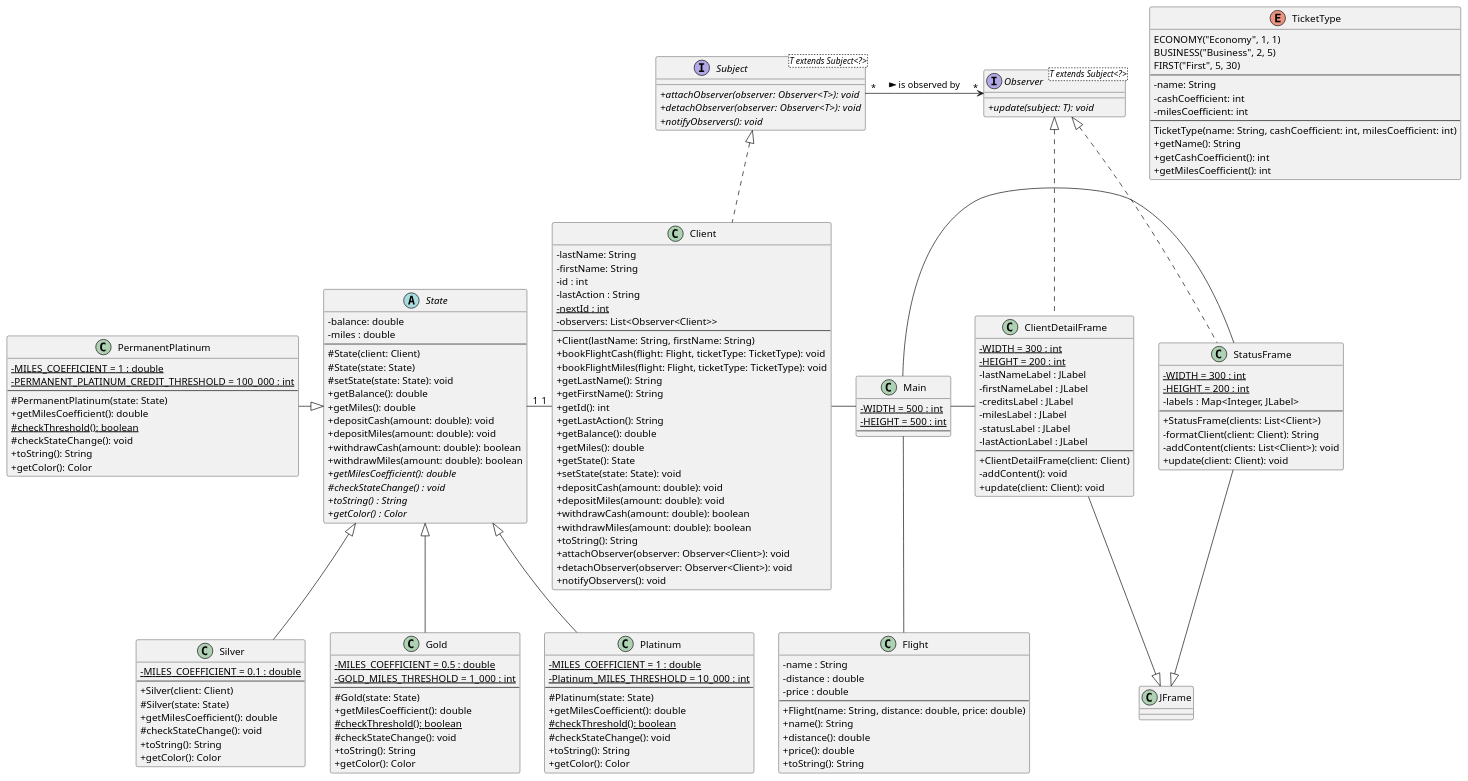
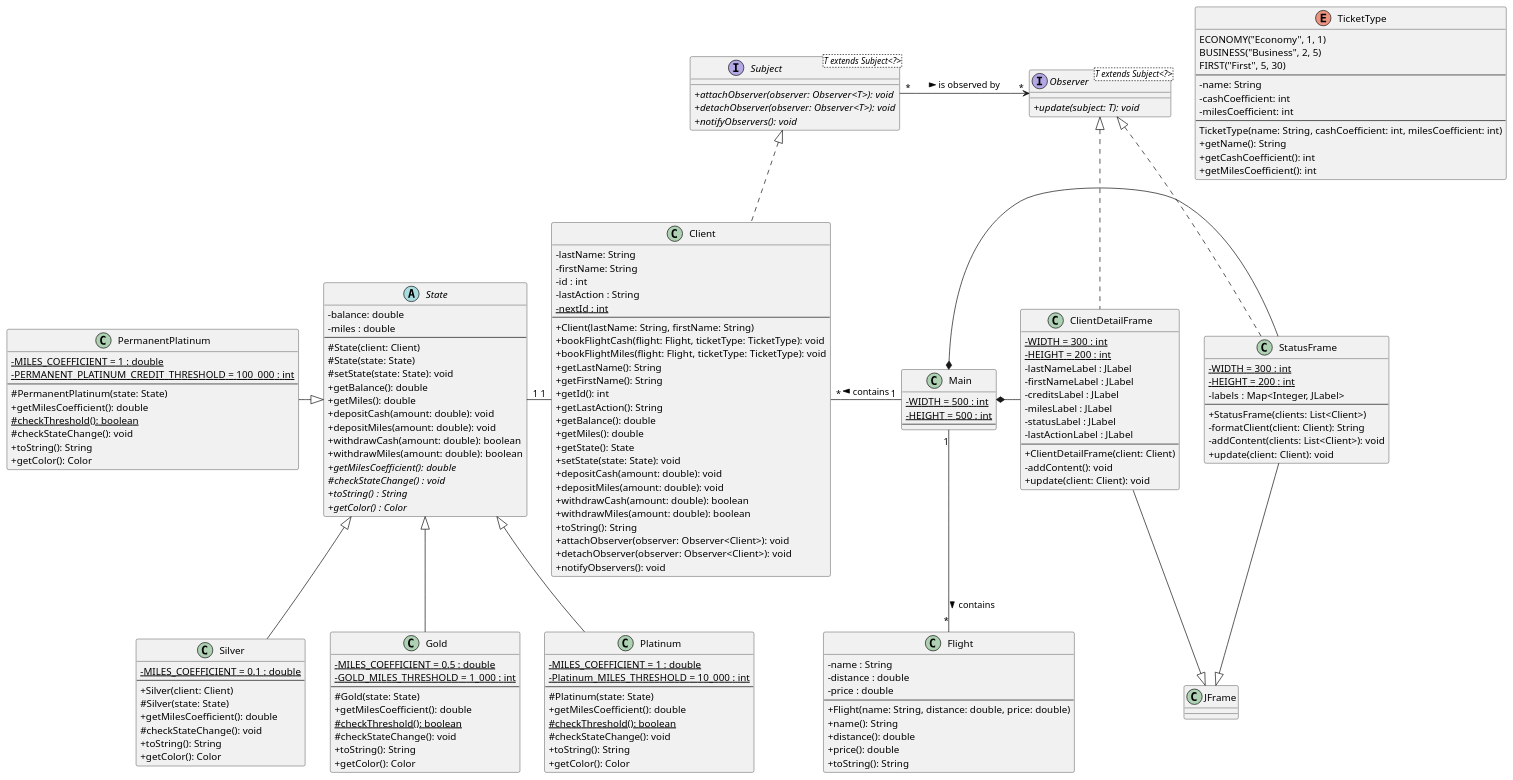
The diagram in uml/class_diagram.puml (LeonardJouve/mcr-02), drawn with PlantUML before and after one commit. The commit also changed 1 other file, not shown here.

Commit message:
Update class diagram

```diff
--- a/uml/class_diagram.puml
+++ b/uml/class_diagram.puml
@@ -1,194 +1,193 @@
 @startuml
 skinparam classAttributeIconSize 0
 
 abstract class State {
     - balance: double
     - miles : double
     --
     # State(client: Client)
     # State(state: State)
     # setState(state: State): void
     + getBalance(): double
     + getMiles(): double
     + depositCash(amount: double): void
     + depositMiles(amount: double): void
     + withdrawCash(amount: double): boolean
     + withdrawMiles(amount: double): boolean
     {abstract} + getMilesCoefficient(): double
     {abstract} # checkStateChange() : void
     {abstract} + toString() : String
     {abstract} + getColor() : Color
 }
 
 class Silver {
     - {static} MILES_COEFFICIENT = 0.1 : double
     --
     + Silver(client: Client)
     # Silver(state: State)
     + getMilesCoefficient(): double
     # checkStateChange(): void
     + toString(): String
     + getColor(): Color
 }
 
 class Gold {
     - {static} MILES_COEFFICIENT = 0.5 : double
     - {static} GOLD_MILES_THRESHOLD = 1_000 : int
     --
     # Gold(state: State)
     + getMilesCoefficient(): double
     {static} # checkThreshold(): boolean
     # checkStateChange(): void
     + toString(): String
     + getColor(): Color
 }
 
 class Platinum {
     - {static} MILES_COEFFICIENT = 1 : double
     - {static} Platinum_MILES_THRESHOLD = 10_000 : int
     --
     # Platinum(state: State)
     + getMilesCoefficient(): double
     {static} # checkThreshold(): boolean
     # checkStateChange(): void
     + toString(): String
     + getColor(): Color
 }
 
 class PermanentPlatinum {
     - {static} MILES_COEFFICIENT = 1 : double
     - {static} PERMANENT_PLATINUM_CREDIT_THRESHOLD = 100_000 : int
     --
     # PermanentPlatinum(state: State)
     + getMilesCoefficient(): double
     {static} # checkThreshold(): boolean
     # checkStateChange(): void
     + toString(): String
     + getColor(): Color
 }
 
 State <|-- Silver
 State <|-- Gold
 State <|-- Platinum
 State <|-left- PermanentPlatinum
 
 interface Subject<T extends Subject<?>> {
     {abstract}+ attachObserver(observer: Observer<T>): void
     {abstract}+ detachObserver(observer: Observer<T>): void
     {abstract}+ notifyObservers(): void
 }
 
 interface Observer<T extends Subject<?>> {
     {abstract}+ update(subject: T): void
 }
 
 class Client {
     - lastName: String
     - firstName: String
     - id : int
     - lastAction : String
     {static} - nextId : int
-    - observers: List<Observer<Client>>
     --
     + Client(lastName: String, firstName: String)
     + bookFlightCash(flight: Flight, ticketType: TicketType): void
     + bookFlightMiles(flight: Flight, ticketType: TicketType): void
     + getLastName(): String
     + getFirstName(): String
     + getId(): int
     + getLastAction(): String
     + getBalance(): double
     + getMiles(): double
     + getState(): State
     + setState(state: State): void
     + depositCash(amount: double): void
     + depositMiles(amount: double): void
     + withdrawCash(amount: double): boolean
     + withdrawMiles(amount: double): boolean
     + toString(): String
     + attachObserver(observer: Observer<Client>): void
     + detachObserver(observer: Observer<Client>): void
     + notifyObservers(): void
 }
 
 class Flight {
     - name : String
     - distance : double
     - price : double
     --
     + Flight(name: String, distance: double, price: double)
     + name(): String
     + distance(): double
     + price(): double
     + toString(): String
 }
 
 enum TicketType {
     ECONOMY("Economy", 1, 1)
     BUSINESS("Business", 2, 5)
     FIRST("First", 5, 30)
     --
     - name: String
     - cashCoefficient: int
     - milesCoefficient: int
     --
     TicketType(name: String, cashCoefficient: int, milesCoefficient: int)
     + getName(): String
     + getCashCoefficient(): int
     + getMilesCoefficient(): int
 }
 
 class JFrame {}
 
 class Main {
     {static} - WIDTH = 500 : int
     {static} - HEIGHT = 500 : int
     --
 }
 
 class ClientDetailFrame {
    {static} - WIDTH = 300 : int
    {static} - HEIGHT = 200 : int
    - lastNameLabel : JLabel
    - firstNameLabel : JLabel
    - creditsLabel : JLabel
    - milesLabel : JLabel
    - statusLabel : JLabel
    - lastActionLabel : JLabel
    --
    + ClientDetailFrame(client: Client)
    - addContent(): void
    + update(client: Client): void
 }
 
 class StatusFrame {
    {static} - WIDTH = 300 : int
    {static} - HEIGHT = 200 : int
    - labels : Map<Integer, JLabel>
    --
    + StatusFrame(clients: List<Client>)
    - formatClient(client: Client): String
    - addContent(clients: List<Client>): void
    + update(client: Client): void
 }
 
 Subject <|.down. Client
 
-Main -left- Client
-Main -down- Flight
-Main -right- ClientDetailFrame
-Main -right- StatusFrame
+Main "1" -left- "*" Client : contains >
+Main "1" -down- "*" Flight : contains >
+Main *-right- ClientDetailFrame
+Main *-right- StatusFrame
 
 JFrame <|-up- ClientDetailFrame
 JFrame <|-up- StatusFrame
 
 Observer <|.. ClientDetailFrame
 Observer <|.. StatusFrame
 
 Observer "*" <-left- "*" Subject : is observed by <
 
 State "1" -right- "1" Client
 
 
 
 @enduml
```
